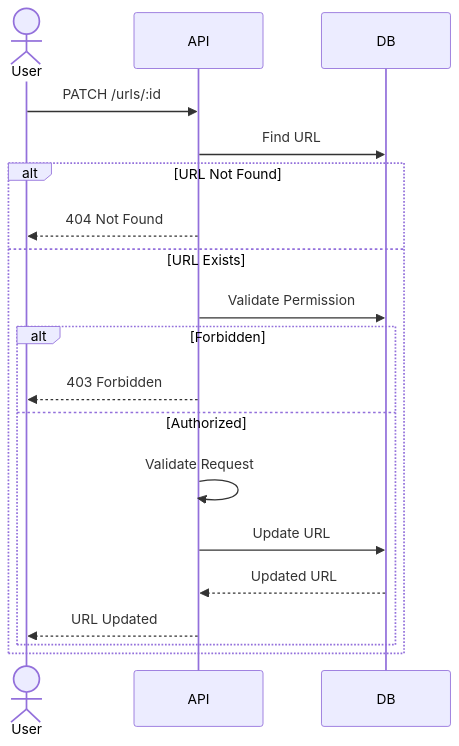
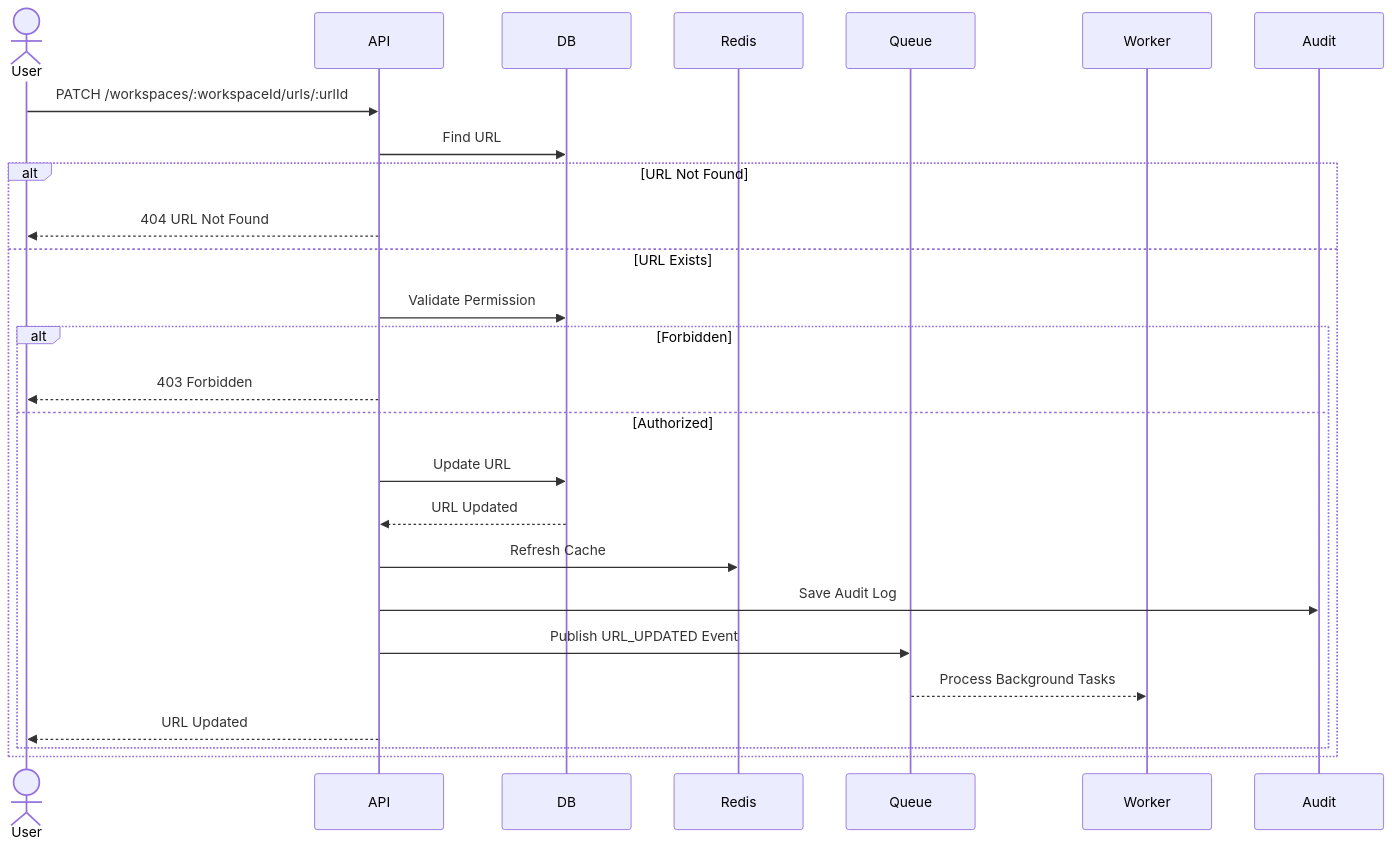
The fourth of 8 diagrams in docs/architecture/url/URL-Sequence.md (datnguyxn/LinkFlow), drawn with Mermaid before and after one commit. The commit also changed other lines of this file and 53 other files, not shown here.

````diff
--- a/docs/architecture/url/URL-Sequence.md
+++ b/docs/architecture/url/URL-Sequence.md
@@ -116,35 +176,48 @@
 ```mermaid
 sequenceDiagram
 
     actor User
+
     participant API
     participant DB
+    participant Redis
+    participant Queue
+    participant Worker
+    participant Audit
 
-    User->>API: PATCH /urls/:id
+    User->>API: PATCH /workspaces/:workspaceId/urls/:urlId
 
     API->>DB: Find URL
 
     alt URL Not Found
-        API-->>User: 404 Not Found
+
+        API-->>User: 404 URL Not Found
 
     else URL Exists
 
         API->>DB: Validate Permission
 
         alt Forbidden
+
             API-->>User: 403 Forbidden
 
         else Authorized
 
-            API->>API: Validate Request
-
             API->>DB: Update URL
 
-            DB-->>API: Updated URL
+            DB-->>API: URL Updated
+
+            API->>Redis: Refresh Cache
+
+            API->>Audit: Save Audit Log
+
+            API->>Queue: Publish URL_UPDATED Event
+
+            Queue-->>Worker: Process Background Tasks
 
             API-->>User: URL Updated
 
         end
 
     end
 ```
````
